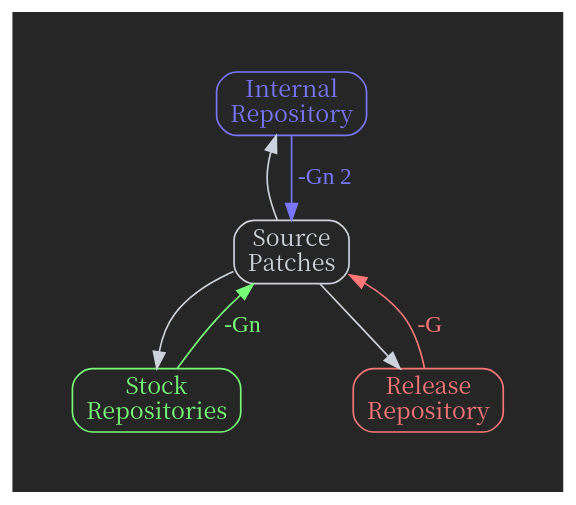
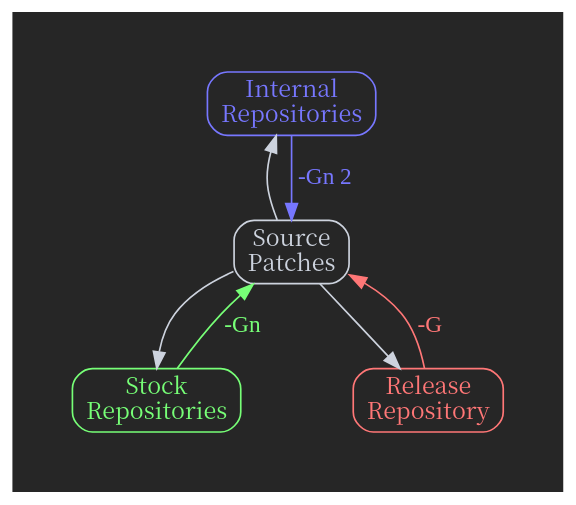
Before and after one commit to YunHsiao/Crysknife: the diagram in Documents/iteration.dot, drawn with Graphviz. The commit also changed 4 other files, not shown here.

```diff
--- a/Documents/iteration.dot
+++ b/Documents/iteration.dot
@@ -1,24 +1,24 @@
 // SPDX-FileCopyrightText: 2024 Yun Hsiao Wu <yunhsiaow@gmail.com>
 // SPDX-License-Identifier: MIT
 
 digraph G {
     layout=dot splines=true compound=true overlap=false bgcolor="#262626" rankdir=TB
     node [fontname="Noto Serif CJK SC" shape=box style=rounded color="#CDD3DE" fontcolor="#CDD3DE"]
     edge [fontname="Source Code Pro" color="#CDD3DE", fontcolor="#CDD3DE"]
     graph [center=true pad=0.5 nodesep=0.9]
 
-    A [label="Internal\nRepository" color="#7777FF" fontcolor="#7777FF"]
+    A [label="Internal\nRepositories" color="#7777FF" fontcolor="#7777FF"]
     B [label="Stock\nRepositories" color="#77FF77" fontcolor="#77FF77"]
     C [label="Release\nRepository" color="#FF7777" fontcolor="#FF7777"]
     D [label="Source\nPatches"]
     { rank = same; B; C; }
 
     A -> D [dir=back]
     D -> A [dir=back label=" -Gn 2" color="#7777FF", fontcolor="#7777FF"]
 
     B -> D [label="-Gn" color="#77FF77", fontcolor="#77FF77"]
     D -> B
 
     C -> D [label="-G" color="#FF7777", fontcolor="#FF7777"]
     D -> C
 }
```
